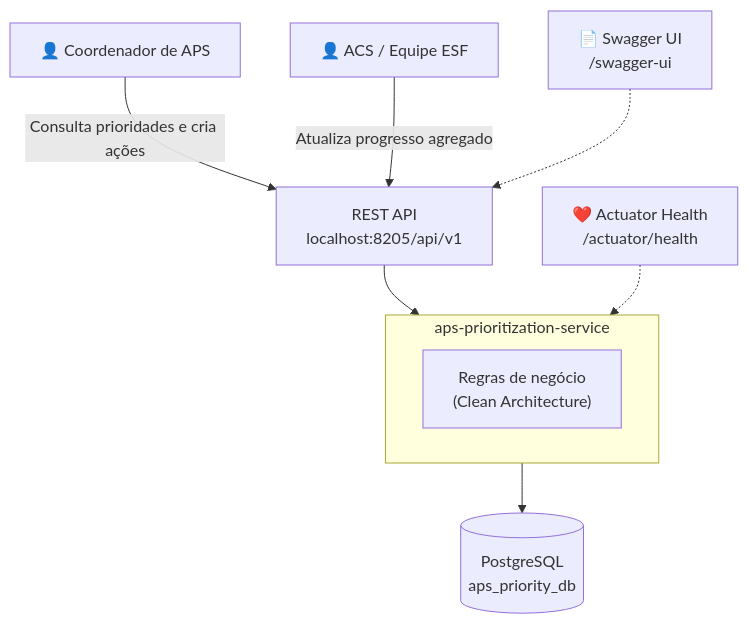
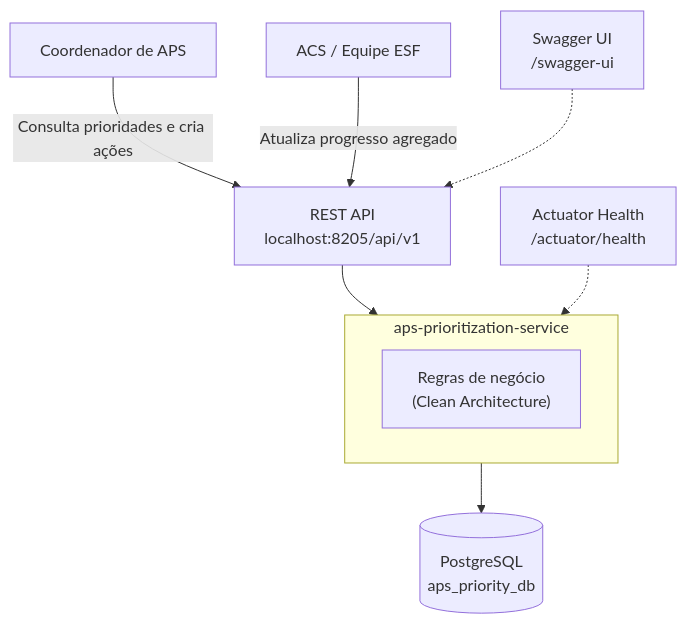
The diagram in docs/diagramas/architecture-visao-geral.mmd (eps364/tech-challenge-fase-05), drawn with Mermaid before and after one commit. The commit also changed 15 other files, not shown here.

Commit message:
docs: remove ícones/emojis dos diagramas Mermaid

```diff
--- a/docs/diagramas/architecture-visao-geral.mmd
+++ b/docs/diagramas/architecture-visao-geral.mmd
@@ -1,21 +1,21 @@
 %% Visão Geral - SUS-Connect APS MVP (Fase 05)
 
 graph TD
-    Coord["👤 Coordenador de APS"]
-    ACS["👤 ACS / Equipe ESF"]
+    Coord["Coordenador de APS"]
+    ACS["ACS / Equipe ESF"]
 
     Coord -->|"Consulta prioridades e cria ações"| API
     ACS -->|"Atualiza progresso agregado"| API
 
     API["REST API\nlocalhost:8205/api/v1"]
 
     API --> Service
 
     subgraph Service ["aps-prioritization-service"]
         Logic["Regras de negócio\n(Clean Architecture)"]
     end
 
     Service --> DB[("PostgreSQL\naps_priority_db")]
 
-    Swagger["📄 Swagger UI\n/swagger-ui"] -.-> API
-    Health["❤️ Actuator Health\n/actuator/health"] -.-> Service
+    Swagger["Swagger UI\n/swagger-ui"] -.-> API
+    Health["Actuator Health\n/actuator/health"] -.-> Service
```
